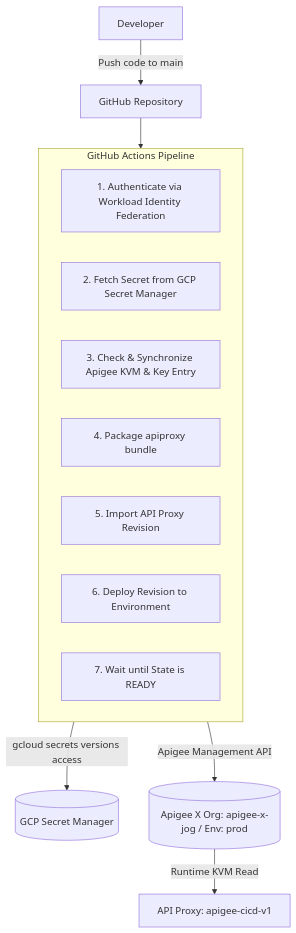
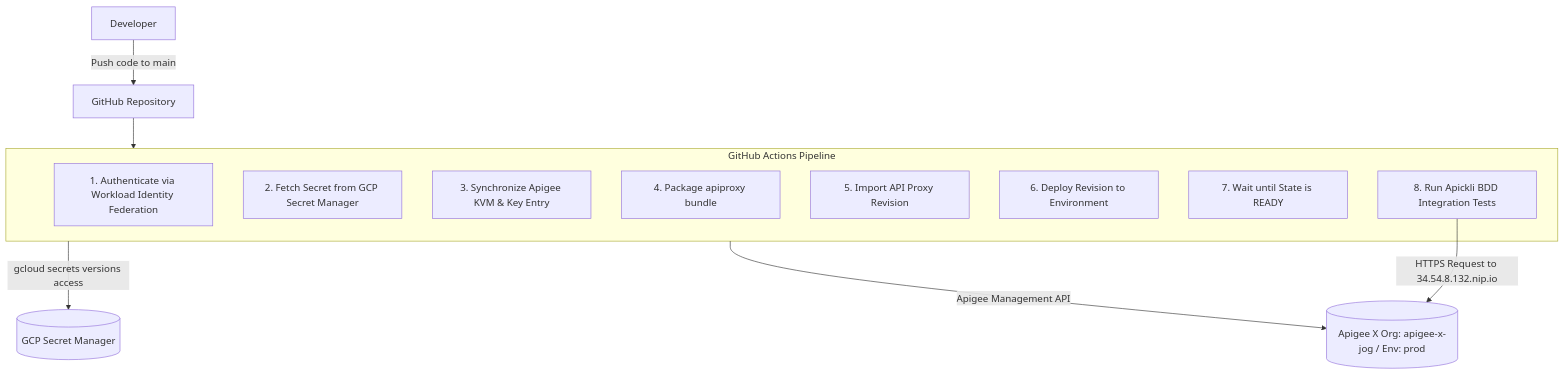
Before and after one commit to JoelGauci/apigee-cicd-demo: the first of 2 diagrams in README.md, drawn with Mermaid. The commit also changed other lines of this file and 9 other files, not shown here.

Commit message:
feat: add Apickli BDD integration test and integrate with CI/CD pipeline

````diff
--- a/README.md
+++ b/README.md
@@ -9,17 +9,18 @@
 ```mermaid
 flowchart TD
     Dev[Developer] -->|Push code to main| GitHub[GitHub Repository]
     subgraph CI/CD [GitHub Actions Pipeline]
         Auth[1. Authenticate via Workload Identity Federation]
         FetchSecret[2. Fetch Secret from GCP Secret Manager]
-        SyncKVM[3. Check & Synchronize Apigee KVM & Key Entry]
+        SyncKVM[3. Synchronize Apigee KVM & Key Entry]
         Package[4. Package apiproxy bundle]
         Import[5. Import API Proxy Revision]
         Deploy[6. Deploy Revision to Environment]
         Wait[7. Wait until State is READY]
+        Test[8. Run Apickli BDD Integration Tests]
     end
     GitHub --> CI/CD
     CI/CD -->|gcloud secrets versions access| GSM[(GCP Secret Manager)]
     CI/CD -->|Apigee Management API| Apigee[(Apigee X Org: apigee-x-jog / Env: prod)]
-    Apigee -->|Runtime KVM Read| Proxy[API Proxy: apigee-cicd-v1]
+    Test -->|HTTPS Request to 34.54.8.132.nip.io| Apigee
 ```
````
